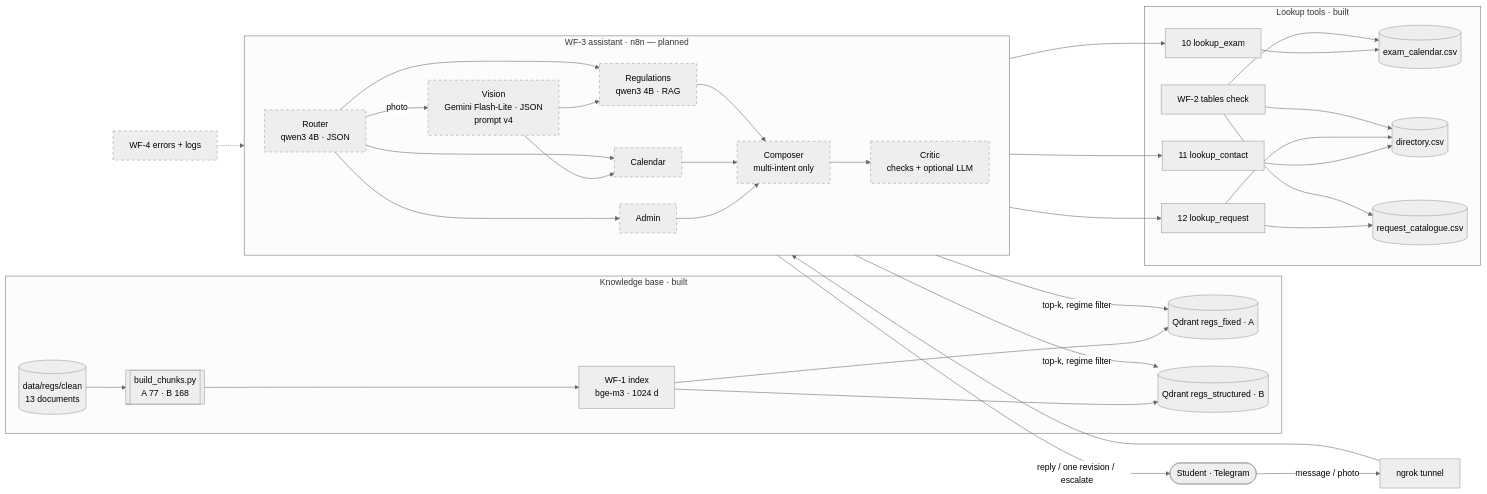
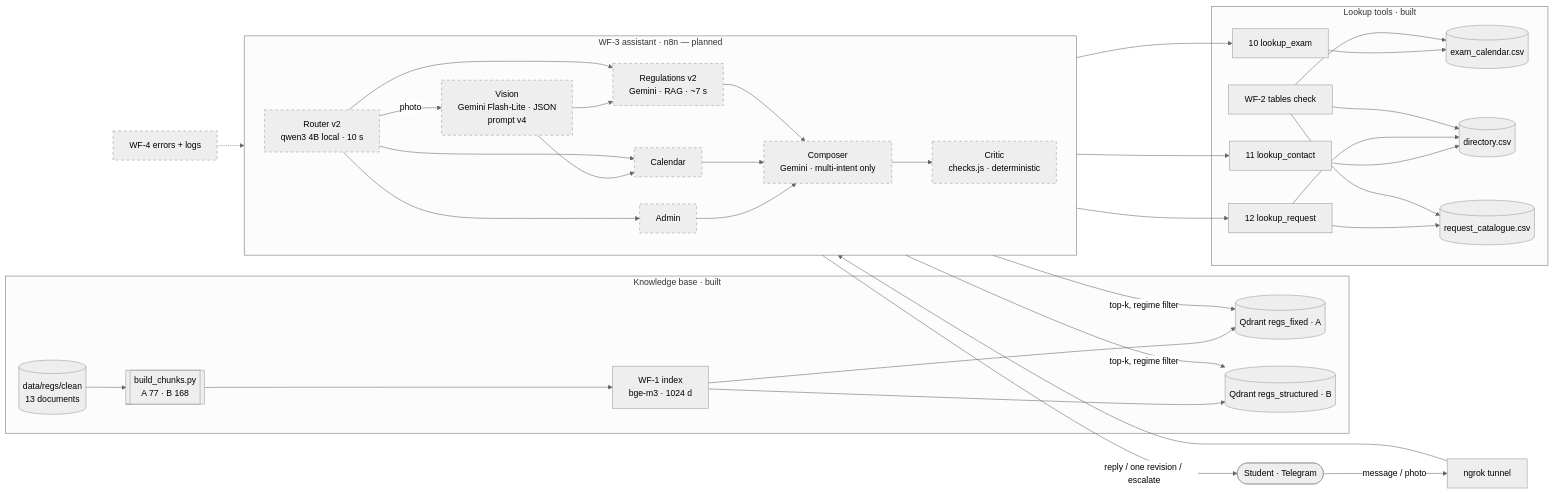
The diagram in diagrams/architecture.md (Fedi-Hmida/CampusFlow_AI), drawn with Mermaid (neutral theme) before and after one commit. The commit also changed other lines of this file, not shown here.

Commit message:
CF-011: architecture diagram shows the accepted per-agent hybrid (ADR-010)

````diff
--- a/diagrams/architecture.md
+++ b/diagrams/architecture.md
@@ -6,41 +7,41 @@
 ```mermaid
 flowchart LR
   student([Student · Telegram]) -->|message / photo| ngrok[ngrok tunnel]
   ngrok --> wf3
 
   subgraph wf3 [WF-3 assistant · n8n — planned]
     direction LR
-    router[Router\nqwen3 4B · JSON]:::planned
+    router[Router v2\nqwen3 4B local · 10 s]:::planned
     vision[Vision\nGemini Flash-Lite · JSON\nprompt v4]:::planned
-    regs[Regulations\nqwen3 4B · RAG]:::planned
+    regs[Regulations v2\nGemini · RAG · ~7 s]:::planned
     cal[Calendar]:::planned
     adm[Admin]:::planned
-    comp[Composer\nmulti-intent only]:::planned
-    critic[Critic\nchecks + optional LLM]:::planned
+    comp[Composer\nGemini · multi-intent only]:::planned
+    critic[Critic\nchecks.js · deterministic]:::planned
     router -->|photo| vision
     router --> regs & cal & adm
     vision --> regs & cal
     regs & cal & adm --> comp --> critic
   end
   critic -->|reply / one revision / escalate| student
 
   subgraph kb [Knowledge base · built]
     clean[(data/regs/clean\n13 documents)] --> chunks[[build_chunks.py\nA 77 · B 168]]
     chunks --> wf1[WF-1 index\nbge-m3 · 1024 d]
     wf1 --> qA[(Qdrant regs_fixed · A)]
     wf1 --> qB[(Qdrant regs_structured · B)]
   end
   regs -->|top-k, regime filter| qA & qB
 
   subgraph tools [Lookup tools · built]
     t10[10 lookup_exam] --> csvc[(exam_calendar.csv)]
     t11[11 lookup_contact] --> csvd[(directory.csv)]
     t12[12 lookup_request] --> csvr[(request_catalogue.csv)] & csvd
     wf2[WF-2 tables check] --> csvc & csvd & csvr
   end
   cal --> t10
   adm --> t11 & t12
 
   wf4[WF-4 errors + logs]:::planned -.-> wf3
   classDef planned stroke-dasharray: 5 5
 ```
````
